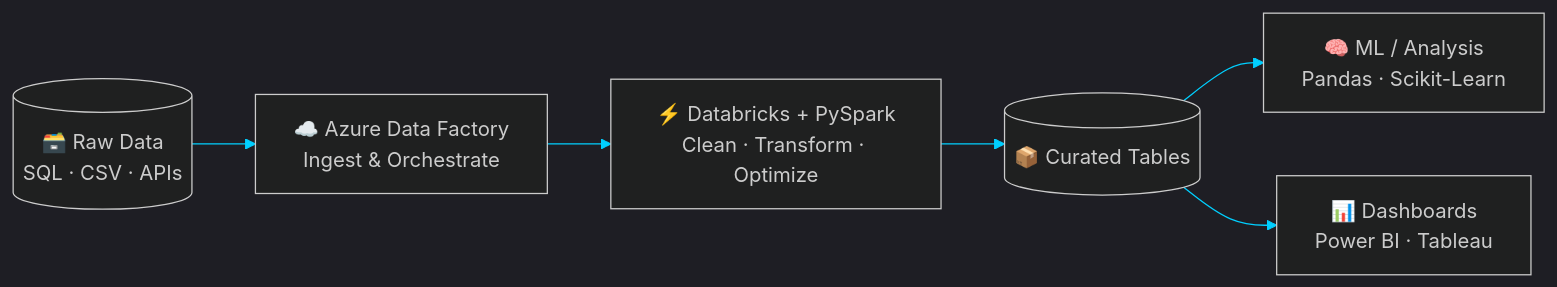
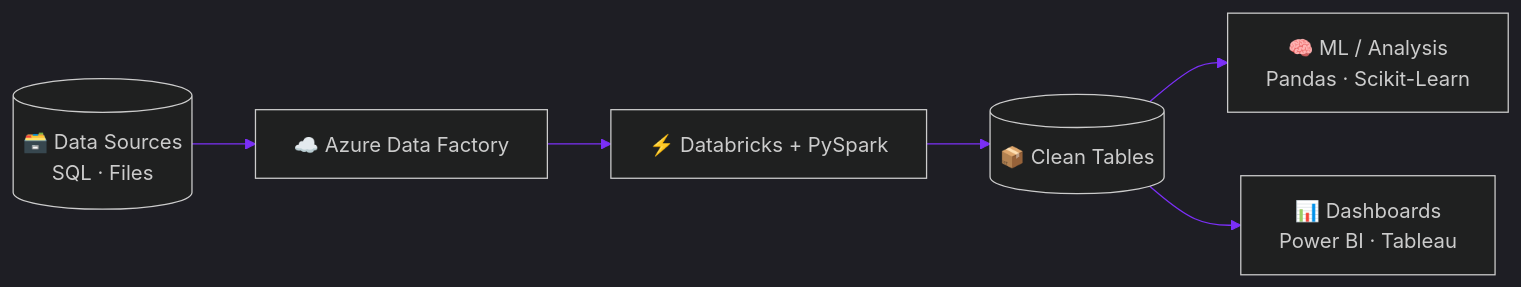
Before and after one commit to sourabhbagda24/sourabhbagda24: the first of 2 diagrams in README.md, drawn with Mermaid. The commit also changed other lines of this file, not shown here.

````diff
--- a/README.md
+++ b/README.md
@@ -94,9 +129,9 @@
 ```mermaid
-%%{init: {'theme':'dark','themeVariables':{'primaryColor':'#003366','primaryTextColor':'#ffffff','primaryBorderColor':'#00cfff','lineColor':'#00cfff','secondaryColor':'#020b18','tertiaryColor':'#020b18','fontFamily':'monospace'}}}%%
+%%{init: {'theme':'dark','themeVariables':{'primaryColor':'#1a0a3d','primaryTextColor':'#ffffff','primaryBorderColor':'#00cfff','lineColor':'#7b2ff7','secondaryColor':'#020b18','tertiaryColor':'#020b18','fontFamily':'monospace'}}}%%
 flowchart LR
-    A[("🗃️ Raw Data<br/>SQL · CSV · APIs")] --> B["☁️ Azure Data Factory<br/>Ingest & Orchestrate"]
-    B --> C["⚡ Databricks + PySpark<br/>Clean · Transform · Optimize"]
-    C --> D[("📦 Curated Tables")]
+    A[("🗃️ Data Sources<br/>SQL · Files")] --> B["☁️ Azure Data Factory"]
+    B --> C["⚡ Databricks + PySpark"]
+    C --> D[("📦 Clean Tables")]
     D --> E["🧠 ML / Analysis<br/>Pandas · Scikit-Learn"]
     D --> F["📊 Dashboards<br/>Power BI · Tableau"]
 ```
````
